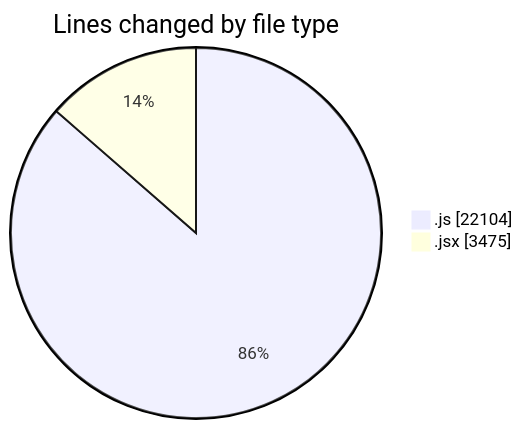
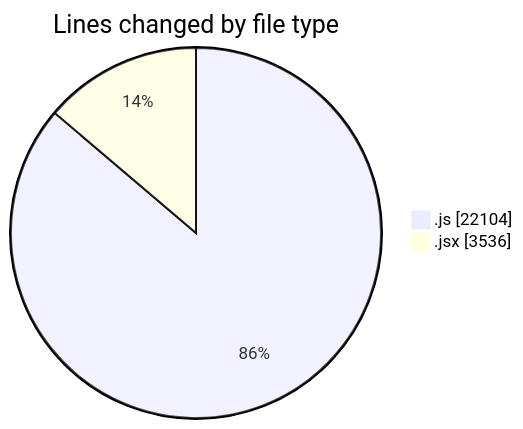
One commit to nxtqubesakshisongat/code-tracking changed the first of 2 diagrams in 2025-09-30/nxtqube_webapp/README.md. Above: the diagram before and after it, drawn with Mermaid. The commit also changed other lines of this file and 1 other file, not shown here.

````diff
--- a/2025-09-30/nxtqube_webapp/README.md
+++ b/2025-09-30/nxtqube_webapp/README.md
@@ -23,6 +23,6 @@
 ```mermaid
 pie showData
 title Lines changed by file type
 ".js" : 22104
-".jsx" : 3475
+".jsx" : 3536
 ```
````
